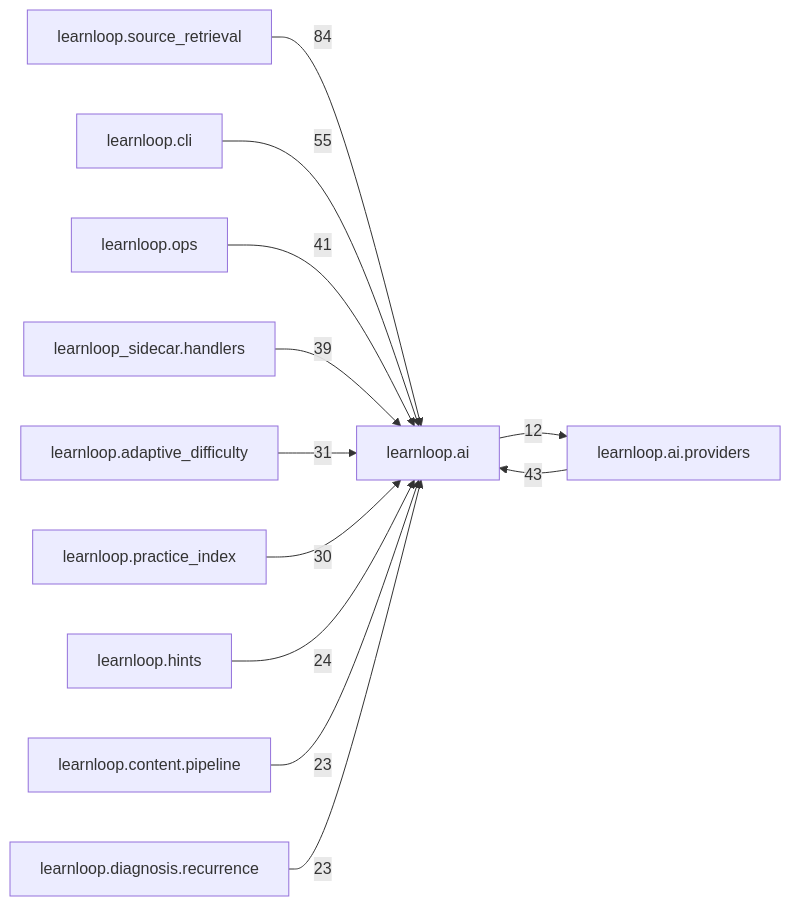
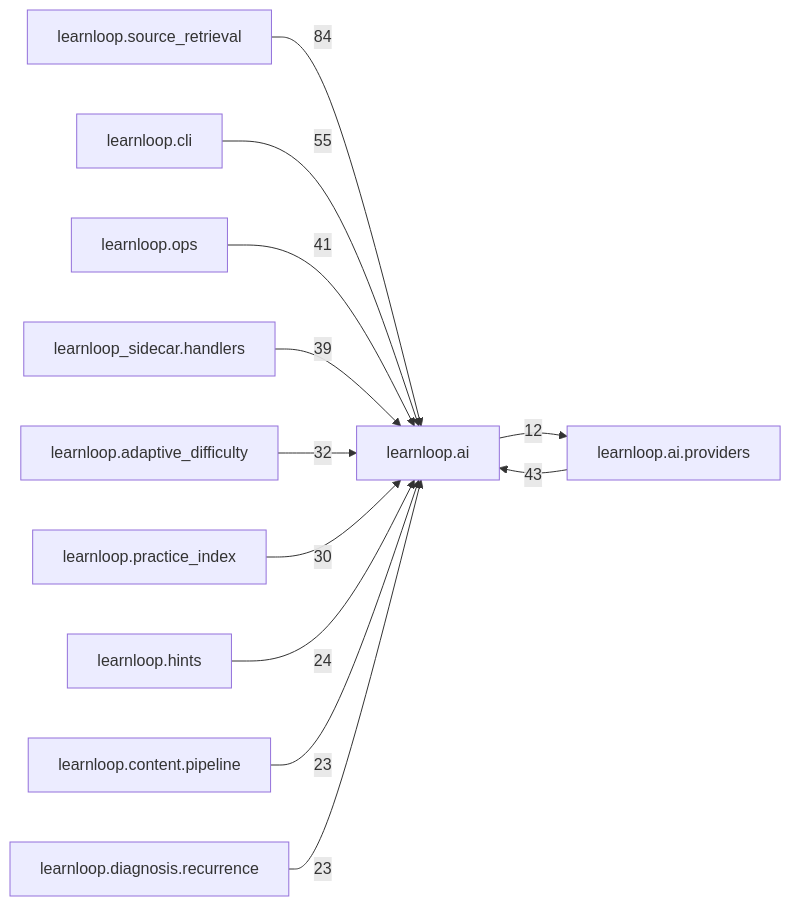
The diagram in docs/learnloop-architecture-vault/Reference/Modules/learnloop/ai/_package.md (6up-b/learnanything), drawn with Mermaid before and after one commit. The commit also changed other lines of this file and 45 other files, not shown here.

````diff
--- a/docs/learnloop-architecture-vault/Reference/Modules/learnloop/ai/_package.md
+++ b/docs/learnloop-architecture-vault/Reference/Modules/learnloop/ai/_package.md
@@ -162,25 +162,25 @@
 ```mermaid
 flowchart LR
     center["learnloop.ai"]
     n_learnloop_source_retrieval["learnloop.source_retrieval"]
     n_learnloop_ai_providers["learnloop.ai.providers"]
     n_learnloop_cli["learnloop.cli"]
     n_learnloop_ops["learnloop.ops"]
     n_learnloop_sidecar_handlers["learnloop_sidecar.handlers"]
     n_learnloop_adaptive_difficulty["learnloop.adaptive_difficulty"]
     n_learnloop_practice_index["learnloop.practice_index"]
     n_learnloop_hints["learnloop.hints"]
     n_learnloop_content_pipeline["learnloop.content.pipeline"]
     n_learnloop_diagnosis_recurrence["learnloop.diagnosis.recurrence"]
     n_learnloop_source_retrieval -->|84| center
     n_learnloop_ai_providers -->|43| center
     center -->|12| n_learnloop_ai_providers
     n_learnloop_cli -->|55| center
     n_learnloop_ops -->|41| center
     n_learnloop_sidecar_handlers -->|39| center
-    n_learnloop_adaptive_difficulty -->|31| center
+    n_learnloop_adaptive_difficulty -->|32| center
     n_learnloop_practice_index -->|30| center
     n_learnloop_hints -->|24| center
     n_learnloop_content_pipeline -->|23| center
     n_learnloop_diagnosis_recurrence -->|23| center
 ```
````
